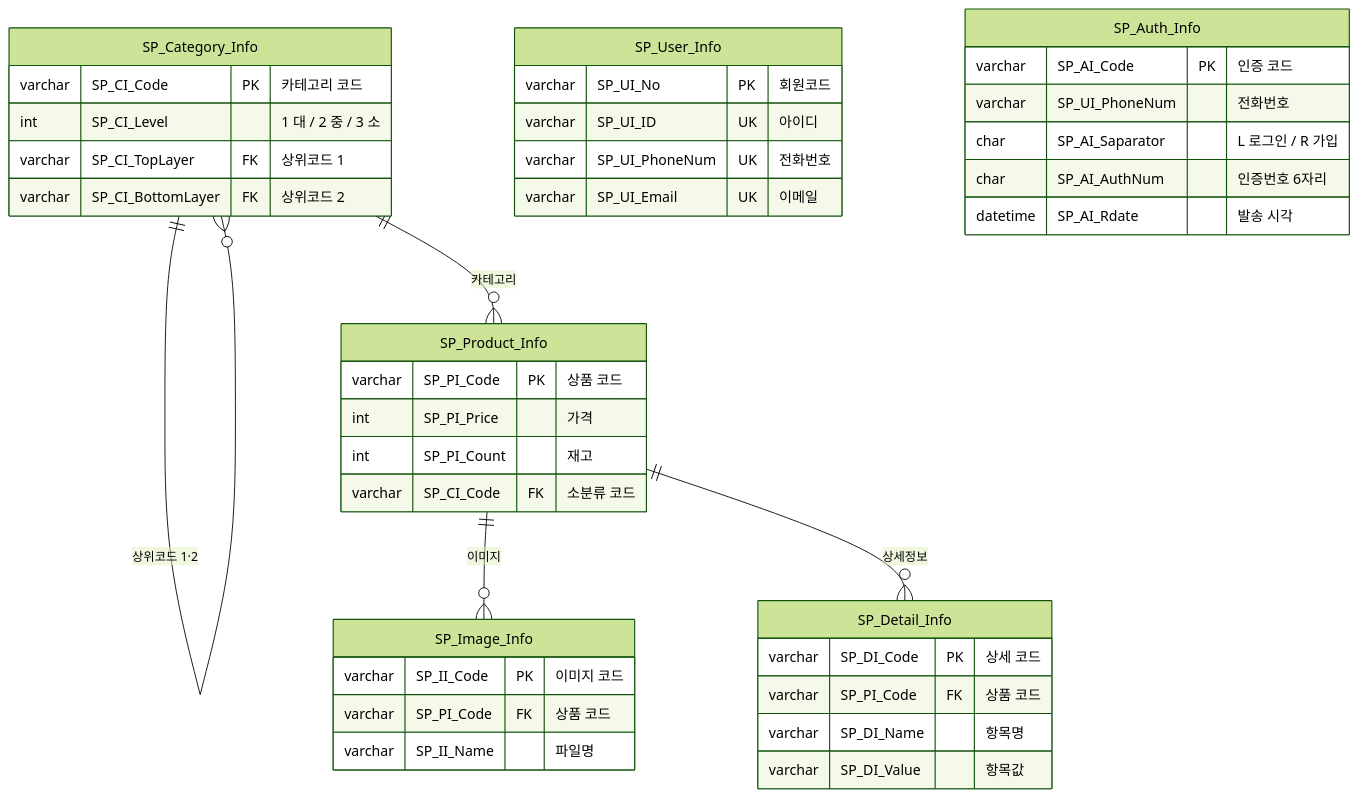
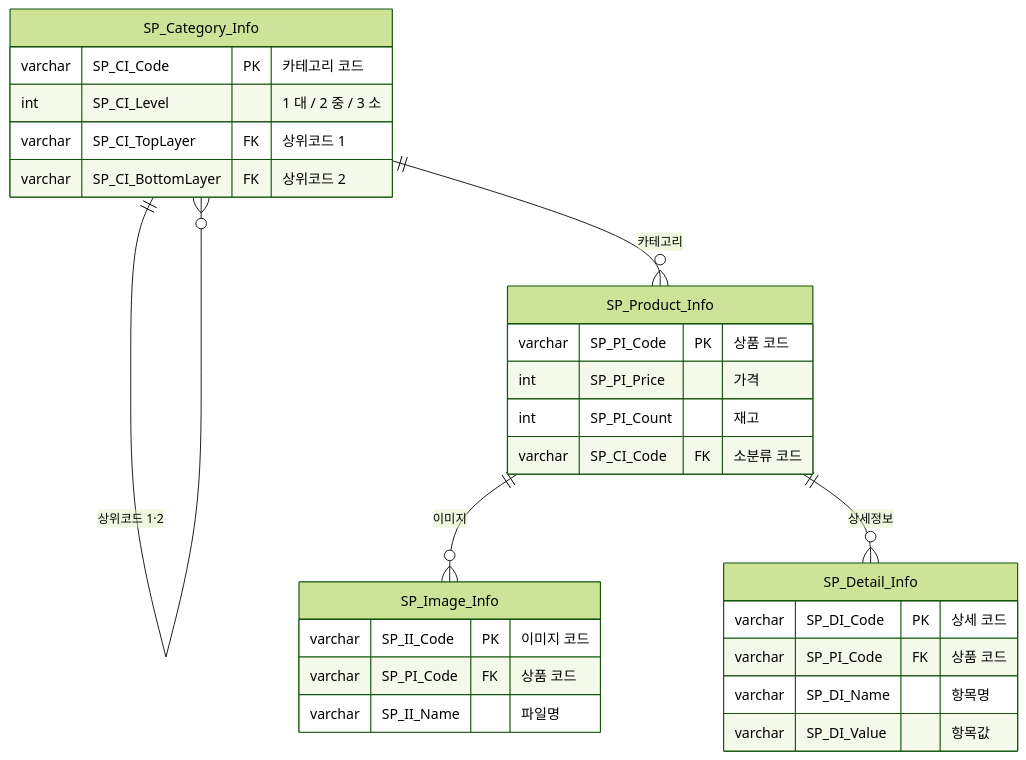
One commit to Chan-pj/ShoppingMall changed the second of 3 diagrams in README.md. Above: the diagram before and after it, drawn with Mermaid (forest theme).

Commit message:
README ERD 디자인 개선

````diff
--- a/README.md
+++ b/README.md
@@ -42,44 +44,31 @@
 ```mermaid
 erDiagram
     SP_Category_Info ||--o{ SP_Category_Info : "상위코드 1·2"
     SP_Category_Info ||--o{ SP_Product_Info : "카테고리"
     SP_Product_Info ||--o{ SP_Image_Info : "이미지"
     SP_Product_Info ||--o{ SP_Detail_Info : "상세정보"
 
-    SP_User_Info {
-        varchar SP_UI_No PK "회원코드"
-        varchar SP_UI_ID UK "아이디"
-        varchar SP_UI_PhoneNum UK "전화번호"
-        varchar SP_UI_Email UK "이메일"
-    }
-    SP_Auth_Info {
-        varchar SP_AI_Code PK "인증 코드"
-        varchar SP_UI_PhoneNum "전화번호"
-        char SP_AI_Saparator "L 로그인 / R 가입"
-        char SP_AI_AuthNum "인증번호 6자리"
-        datetime SP_AI_Rdate "발송 시각"
-    }
     SP_Category_Info {
         varchar SP_CI_Code PK "카테고리 코드"
         int SP_CI_Level "1 대 / 2 중 / 3 소"
         varchar SP_CI_TopLayer FK "상위코드 1"
         varchar SP_CI_BottomLayer FK "상위코드 2"
     }
     SP_Product_Info {
         varchar SP_PI_Code PK "상품 코드"
         int SP_PI_Price "가격"
         int SP_PI_Count "재고"
         varchar SP_CI_Code FK "소분류 코드"
     }
     SP_Image_Info {
         varchar SP_II_Code PK "이미지 코드"
         varchar SP_PI_Code FK "상품 코드"
         varchar SP_II_Name "파일명"
     }
     SP_Detail_Info {
         varchar SP_DI_Code PK "상세 코드"
         varchar SP_PI_Code FK "상품 코드"
         varchar SP_DI_Name "항목명"
         varchar SP_DI_Value "항목값"
     }
 ```
````
